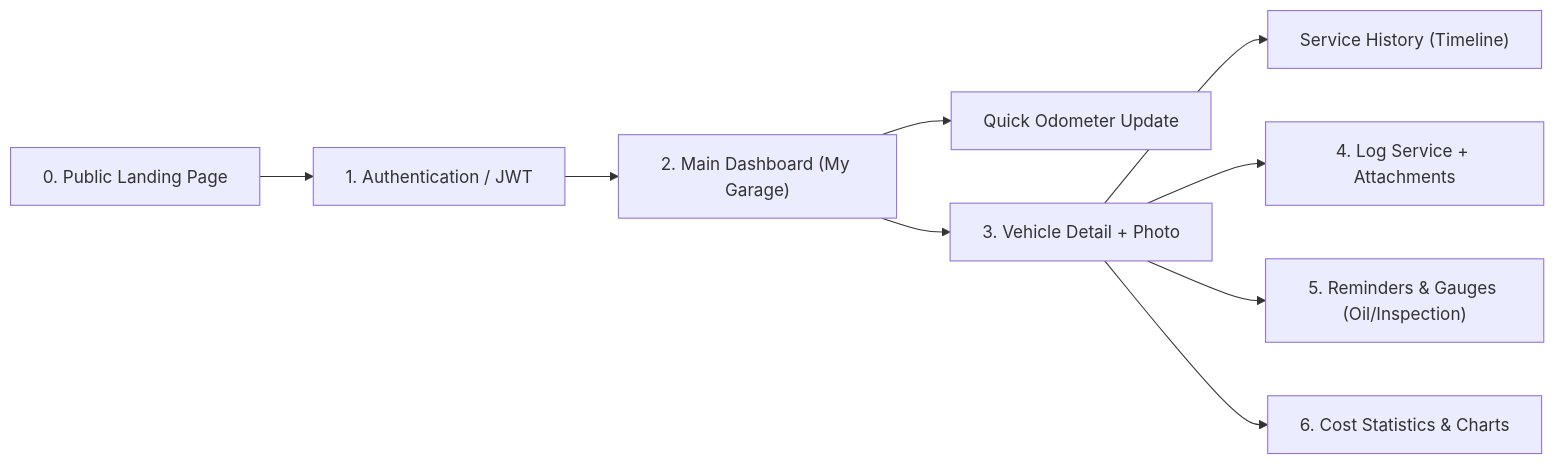
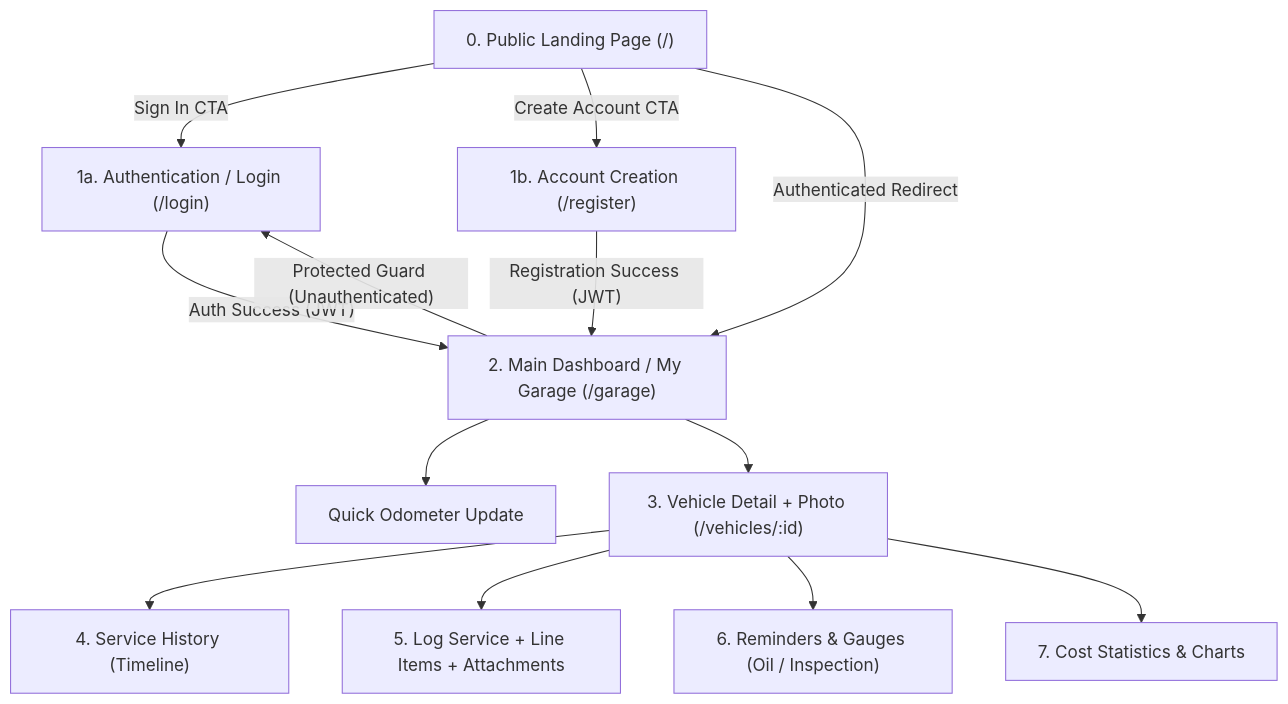
Before and after one commit to SamuelBrecka/PitBox: the first of 3 diagrams in docs/architecture.md, drawn with Mermaid. The commit also changed other lines of this file and 2 other files, not shown here.

Commit message:
docs: synchronize architectural contracts and add auth subsystem specification

````diff
--- a/docs/architecture.md
+++ b/docs/architecture.md
@@ -11,11 +11,26 @@
 ```mermaid
-flowchart LR
-    Landing["0. Public Landing Page"] --> Login["1. Authentication / JWT"]
-    Login --> Dash["2. Main Dashboard (My Garage)"]
-    Dash --> QuickKm["Quick Odometer Update"]
-    Dash --> CarDetail["3. Vehicle Detail + Photo"]
-    CarDetail --> History["Service History (Timeline)"]
-    CarDetail --> NewService["4. Log Service + Attachments"]
-    CarDetail --> Reminders["5. Reminders & Gauges (Oil/Inspection)"]
-    CarDetail --> Stats["6. Cost Statistics & Charts"]
+flowchart TD
+    Landing["0. Public Landing Page (/)"]
+    Login["1a. Authentication / Login (/login)"]
+    Register["1b. Account Creation (/register)"]
+    Garage["2. Main Dashboard / My Garage (/garage)"]
+    QuickKm["Quick Odometer Update"]
+    CarDetail["3. Vehicle Detail + Photo (/vehicles/:id)"]
+    History["4. Service History (Timeline)"]
+    NewService["5. Log Service + Line Items + Attachments"]
+    Reminders["6. Reminders & Gauges (Oil / Inspection)"]
+    Stats["7. Cost Statistics & Charts"]
+
+    Landing -- "Sign In CTA" --> Login
+    Landing -- "Create Account CTA" --> Register
+    Landing -- "Authenticated Redirect" --> Garage
+    Login -- "Auth Success (JWT)" --> Garage
+    Register -- "Registration Success (JWT)" --> Garage
+    Garage -- "Protected Guard (Unauthenticated)" --> Login
+    Garage --> QuickKm
+    Garage --> CarDetail
+    CarDetail --> History
+    CarDetail --> NewService
+    CarDetail --> Reminders
+    CarDetail --> Stats
 ```
````
